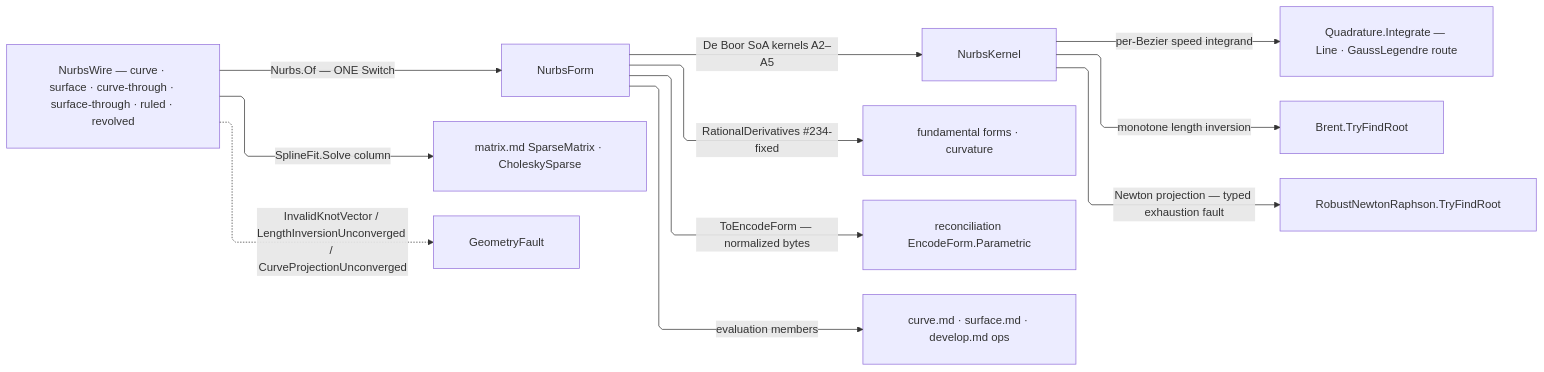
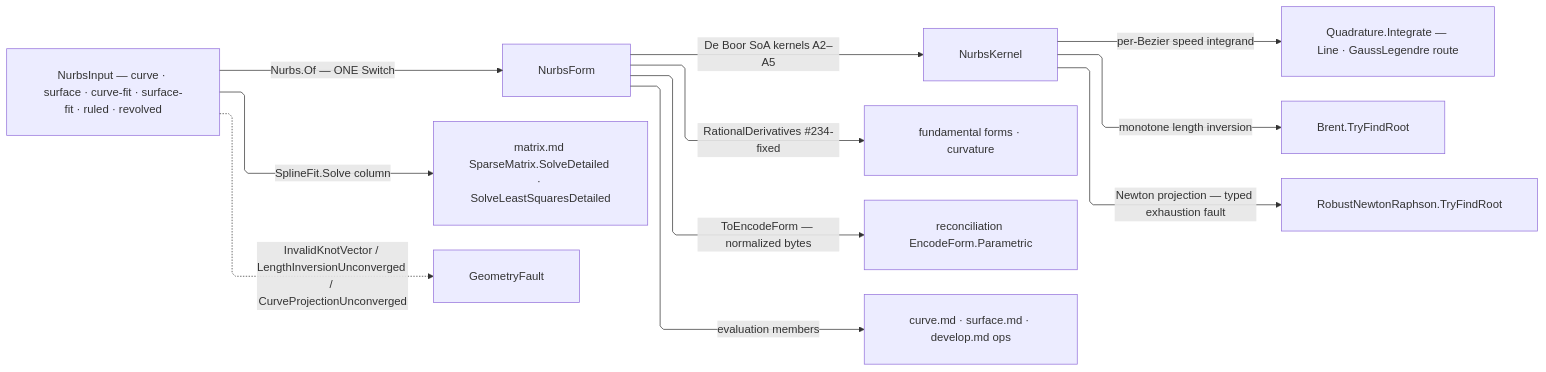
The diagram in libs/dotnet/Rasm/.planning/Parametric/nurbs.md (bsamiee/Rasm), drawn with Mermaid before and after one commit. The commit also changed other lines of this file and 47 other files, not shown here.

First line of the commit message:
spec: drain the Parametric audits — collapse wrappers, seat generated owners, land FP/ROP admission across nurbs, curve, surface, locate, projections, patternmap, subdivide, develop, panelize

````diff
--- a/libs/dotnet/Rasm/.planning/Parametric/nurbs.md
+++ b/libs/dotnet/Rasm/.planning/Parametric/nurbs.md
@@ -453,22 +435,22 @@
 ```mermaid
 ---
 config:
   layout: elk
   flowchart:
     curve: linear
     padding: 25
 ---
 flowchart LR
     accTitle: NURBS engine admission and evaluation flow
-    accDescr: NurbsWire shapes fold through Nurbs.Of into NurbsForm carriers; De Boor kernels serve evaluation, quadrature rides the kernel Quadrature owner, inversion rides MathNet, and identity leaves through EncodeForm.
-    Wire["NurbsWire — curve · surface · curve-through · surface-through · ruled · revolved"] -->|"Nurbs.Of — ONE Switch"| NurbsForm
-    Wire -->|"SplineFit.Solve column"| Matrix["matrix.md SparseMatrix · CholeskySparse"]
+    accDescr: NurbsInput shapes fold through Nurbs.Of into NurbsForm carriers; De Boor kernels serve evaluation, quadrature rides the kernel Quadrature owner, inversion rides MathNet, and identity leaves through EncodeForm.
+    Wire["NurbsInput — curve · surface · curve-fit · surface-fit · ruled · revolved"] -->|"Nurbs.Of — ONE Switch"| NurbsForm
+    Wire -->|"SplineFit.Solve column"| Matrix["matrix.md SparseMatrix.SolveDetailed · SolveLeastSquaresDetailed"]
     NurbsForm -->|"De Boor SoA kernels A2–A5"| NurbsKernel
     NurbsKernel -->|"per-Bezier speed integrand"| Quadrature["Quadrature.Integrate — Line · GaussLegendre route"]
     NurbsKernel -->|"monotone length inversion"| Brent["Brent.TryFindRoot"]
     NurbsKernel -->|"Newton projection — typed exhaustion fault"| Newton["RobustNewtonRaphson.TryFindRoot"]
     NurbsForm -->|"RationalDerivatives #234-fixed"| Forms["fundamental forms · curvature"]
     NurbsForm -->|"ToEncodeForm — normalized bytes"| EncodeForm["reconciliation EncodeForm.Parametric"]
     NurbsForm -->|"evaluation members"| Consumers["curve.md · surface.md · develop.md ops"]
     Wire -.->|"InvalidKnotVector / LengthInversionUnconverged / CurveProjectionUnconverged"| GeometryFault
 ```
````
